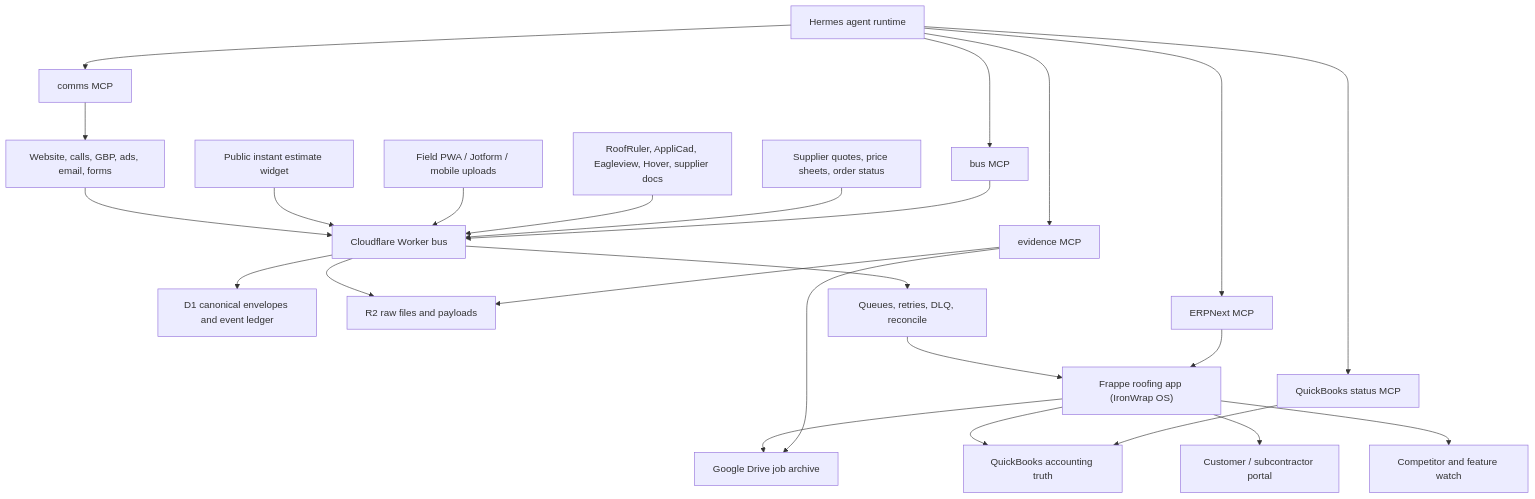
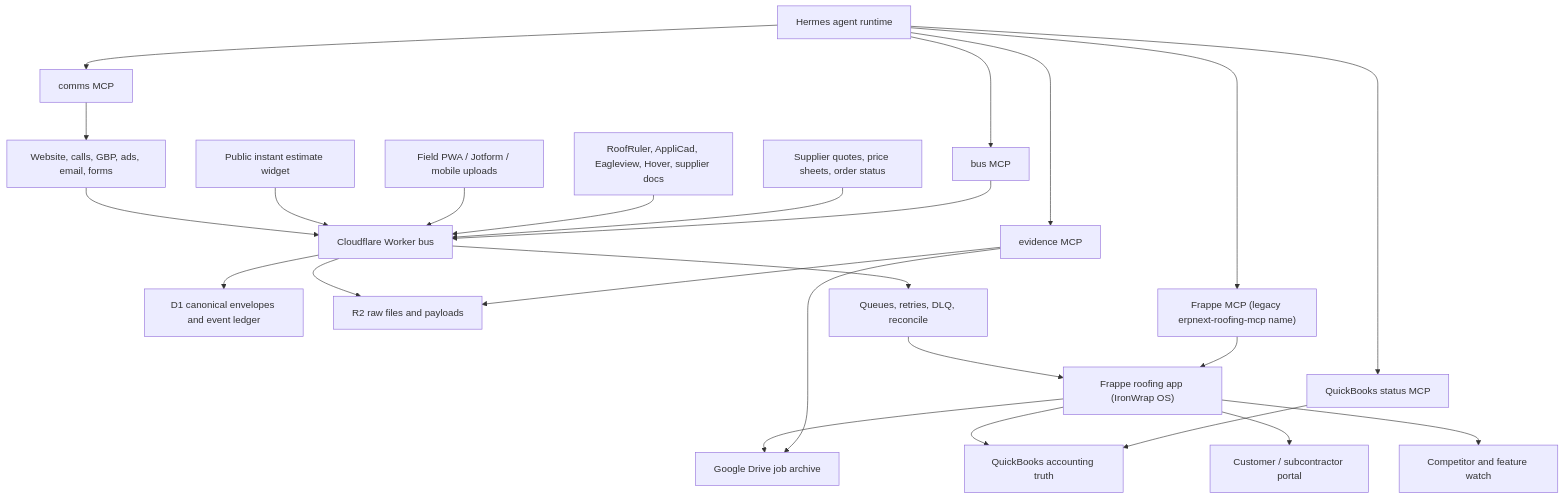
Before and after one commit to Iron-Wrap/ironwrap-os: the diagram in docs/HERMES-ERPNEXT-END-PRODUCT-BLUEPRINT.md, drawn with Mermaid. The commit also changed other lines of this file and 95 other files, not shown here.

````diff
--- a/docs/HERMES-ERPNEXT-END-PRODUCT-BLUEPRINT.md
+++ b/docs/HERMES-ERPNEXT-END-PRODUCT-BLUEPRINT.md
@@ -169,31 +214,31 @@
 ```mermaid
 flowchart TD
   Channels["Website, calls, GBP, ads, email, forms"] --> Bus["Cloudflare Worker bus"]
   InstantEstimate["Public instant estimate widget"] --> Bus
   Field["Field PWA / Jotform / mobile uploads"] --> Bus
   Measurements["RoofRuler, AppliCad, Eagleview, Hover, supplier docs"] --> Bus
   SupplierFeeds["Supplier quotes, price sheets, order status"] --> Bus
 
   Bus --> D1["D1 canonical envelopes and event ledger"]
   Bus --> R2["R2 raw files and payloads"]
   Bus --> Queue["Queues, retries, DLQ, reconcile"]
 
   Queue --> ERP["Frappe roofing app (IronWrap OS)"]
   ERP --> Drive["Google Drive job archive"]
   ERP --> QB["QuickBooks accounting truth"]
   ERP --> Portal["Customer / subcontractor portal"]
   ERP --> MarketWatch["Competitor and feature watch"]
 
   Hermes["Hermes agent runtime"] --> MCPBus["bus MCP"]
-  Hermes --> MCPErp["ERPNext MCP"]
+  Hermes --> MCPErp["Frappe MCP (legacy erpnext-roofing-mcp name)"]
   Hermes --> MCPEvidence["evidence MCP"]
   Hermes --> MCPQb["QuickBooks status MCP"]
   Hermes --> MCPComms["comms MCP"]
 
   MCPBus --> Bus
   MCPErp --> ERP
   MCPEvidence --> R2
   MCPEvidence --> Drive
   MCPQb --> QB
   MCPComms --> Channels
 ```
````
